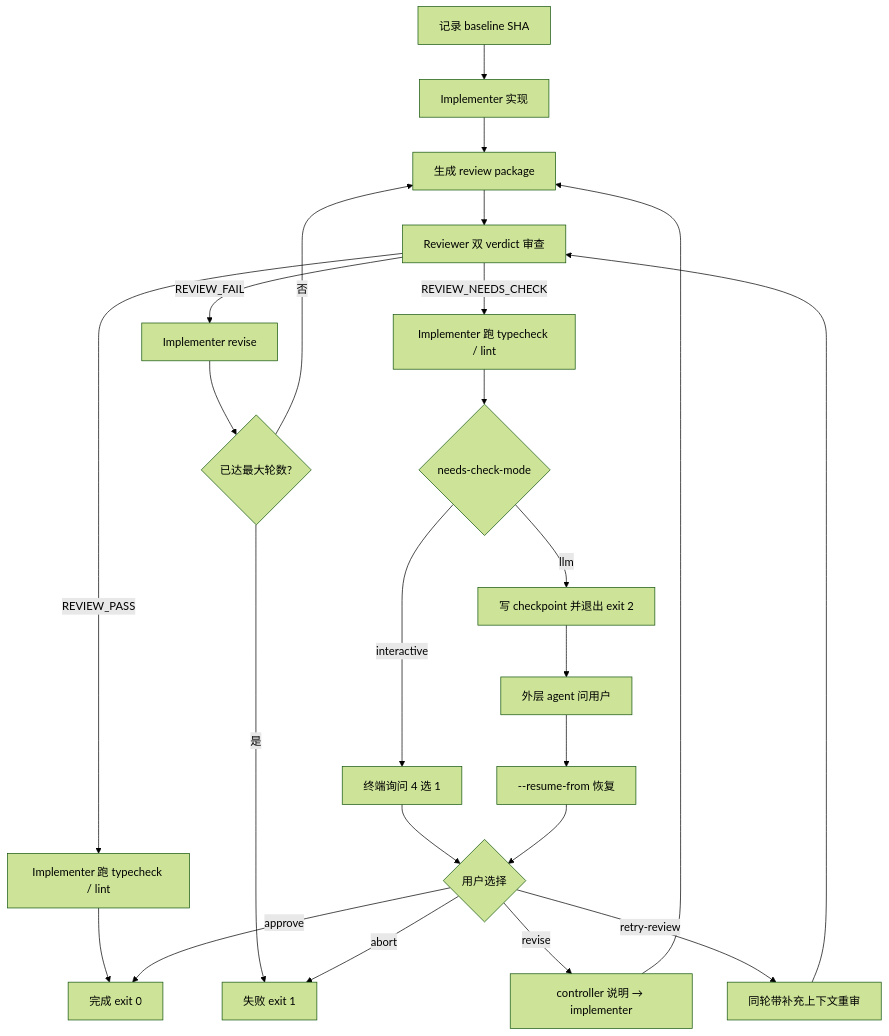
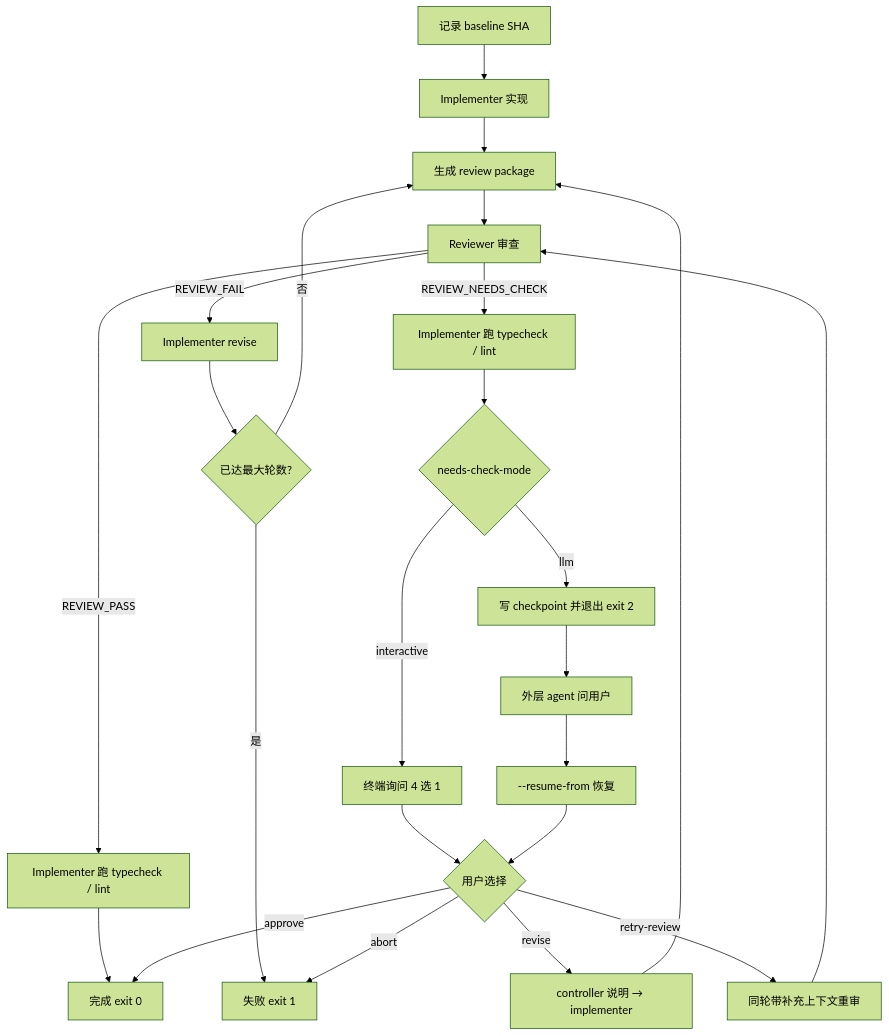
Before and after one commit to lunoob/mini-orchestrator: the diagram in README.md, drawn with Mermaid (forest theme). The commit also changed other lines of this file and 7 other files, not shown here.

````diff
--- a/README.md
+++ b/README.md
@@ -82,26 +82,26 @@
 ```mermaid
 flowchart TD
     A[记录 baseline SHA] --> B[Implementer 实现]
     B --> C[生成 review package]
-    C --> D[Reviewer 双 verdict 审查]
+    C --> D[Reviewer 审查]
     D -->|REVIEW_PASS| E0[Implementer 跑 typecheck / lint]
     E0 --> E[完成 exit 0]
     D -->|REVIEW_FAIL| F[Implementer revise]
     F --> G{已达最大轮数?}
     G -->|否| C
     G -->|是| H[失败 exit 1]
     D -->|REVIEW_NEEDS_CHECK| I0[Implementer 跑 typecheck / lint]
     I0 --> I{needs-check-mode}
     I -->|interactive| J[终端询问 4 选 1]
     I -->|llm| K[写 checkpoint 并退出 exit 2]
     K --> L[外层 agent 问用户]
     L --> M[--resume-from 恢复]
     J --> N{用户选择}
     M --> N
     N -->|approve| E
     N -->|abort| H
     N -->|revise| O[controller 说明 → implementer]
     N -->|retry-review| P[同轮带补充上下文重审]
     O --> C
     P --> D
 ```
````
